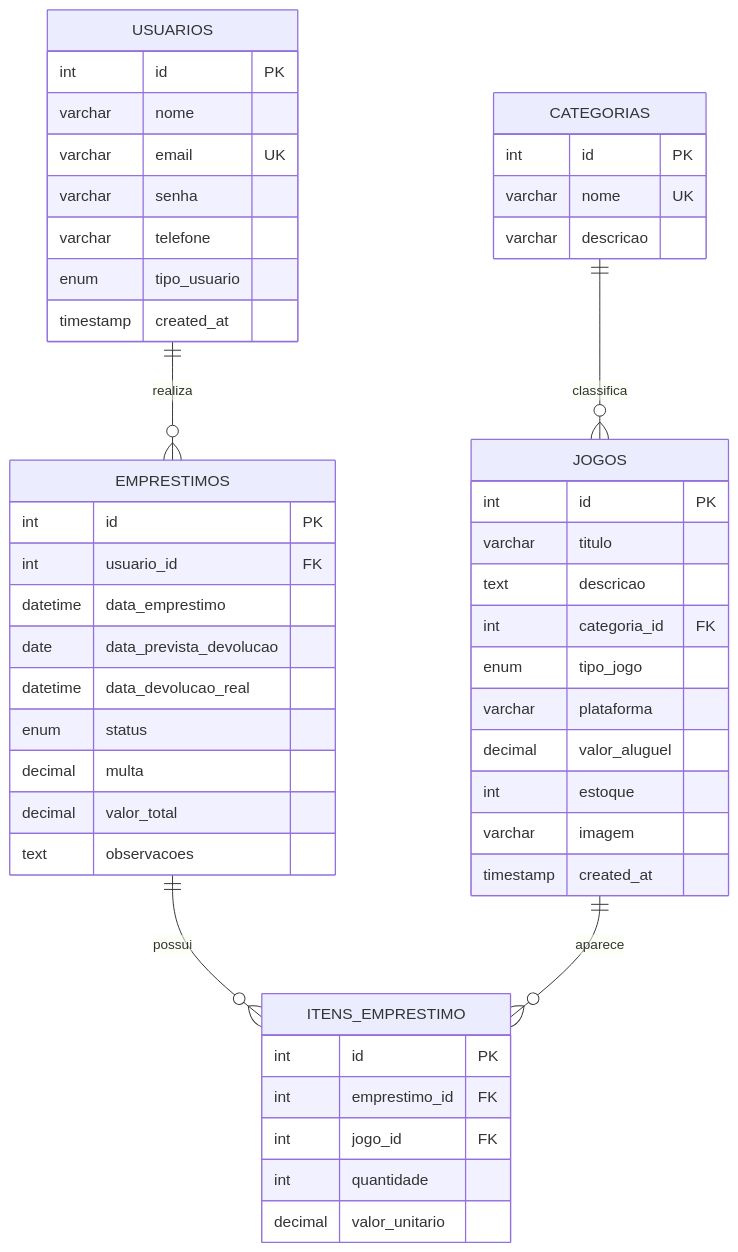
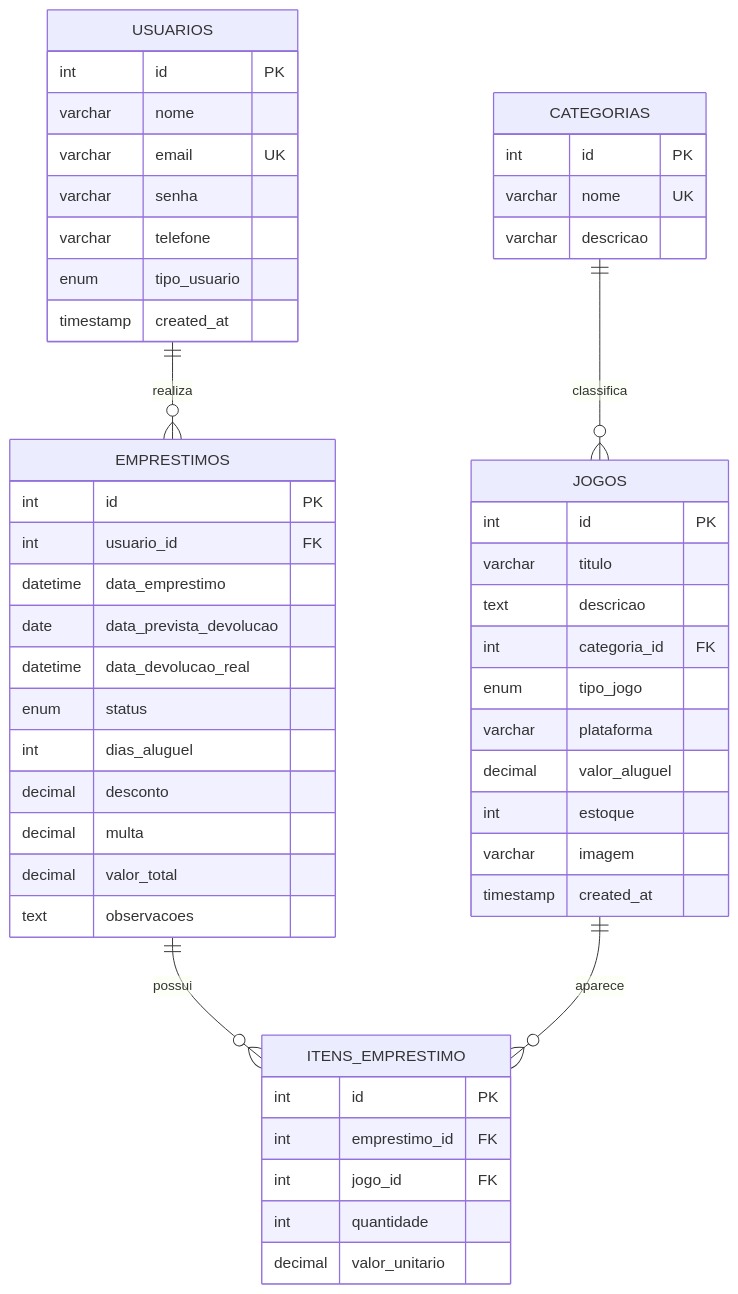
The diagram in docs/DER.md (vromeroo1/Programa-o-para-Internet---Loca-o-Jogos), drawn with Mermaid before and after one commit. The commit also changed 37 other files, not shown here.

````diff
--- a/docs/DER.md
+++ b/docs/DER.md
@@ -3,56 +3,58 @@
 ```mermaid
 erDiagram
     USUARIOS ||--o{ EMPRESTIMOS : realiza
     CATEGORIAS ||--o{ JOGOS : classifica
     EMPRESTIMOS ||--o{ ITENS_EMPRESTIMO : possui
     JOGOS ||--o{ ITENS_EMPRESTIMO : aparece
 
     USUARIOS {
         int id PK
         varchar nome
         varchar email UK
         varchar senha
         varchar telefone
         enum tipo_usuario
         timestamp created_at
     }
 
     CATEGORIAS {
         int id PK
         varchar nome UK
         varchar descricao
     }
 
     JOGOS {
         int id PK
         varchar titulo
         text descricao
         int categoria_id FK
         enum tipo_jogo
         varchar plataforma
         decimal valor_aluguel
         int estoque
         varchar imagem
         timestamp created_at
     }
 
     EMPRESTIMOS {
         int id PK
         int usuario_id FK
         datetime data_emprestimo
         date data_prevista_devolucao
         datetime data_devolucao_real
         enum status
+        int dias_aluguel
+        decimal desconto
         decimal multa
         decimal valor_total
         text observacoes
     }
 
     ITENS_EMPRESTIMO {
         int id PK
         int emprestimo_id FK
         int jogo_id FK
         int quantidade
         decimal valor_unitario
     }
 ```
````
